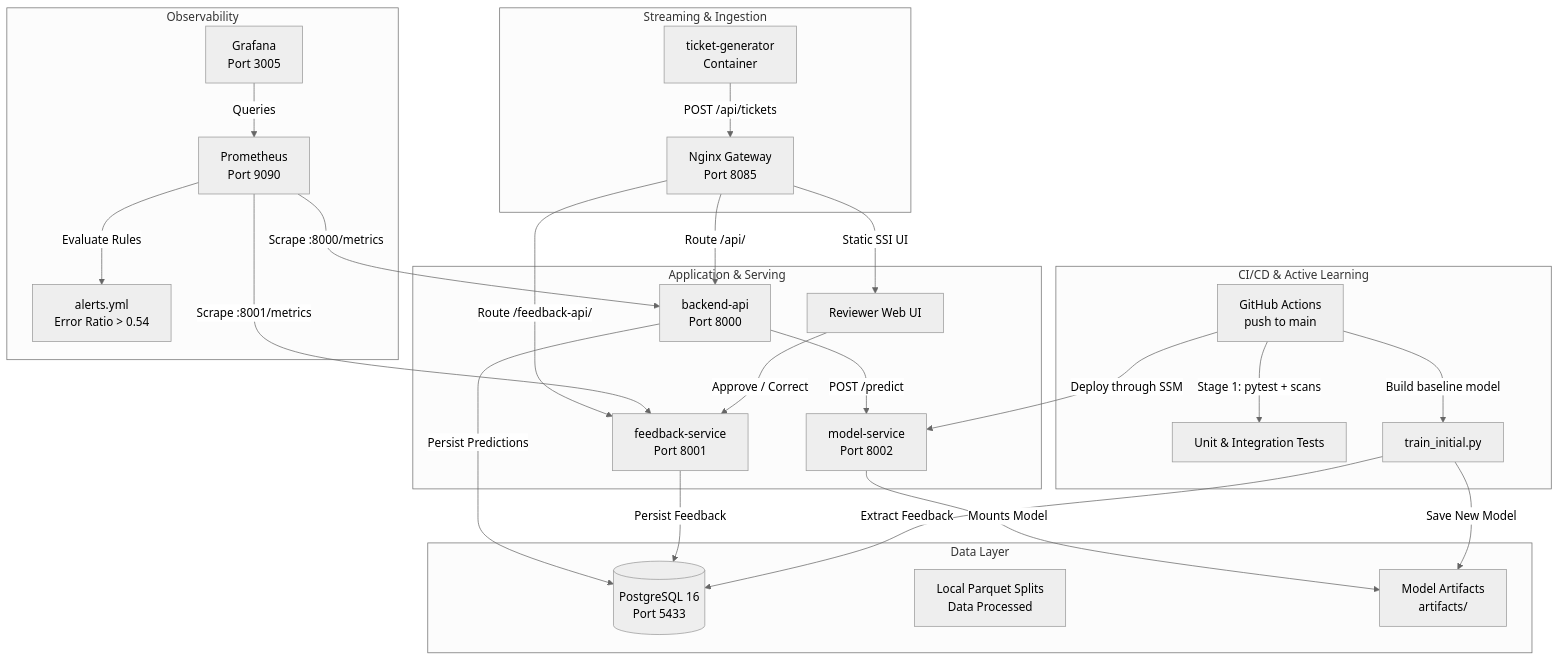
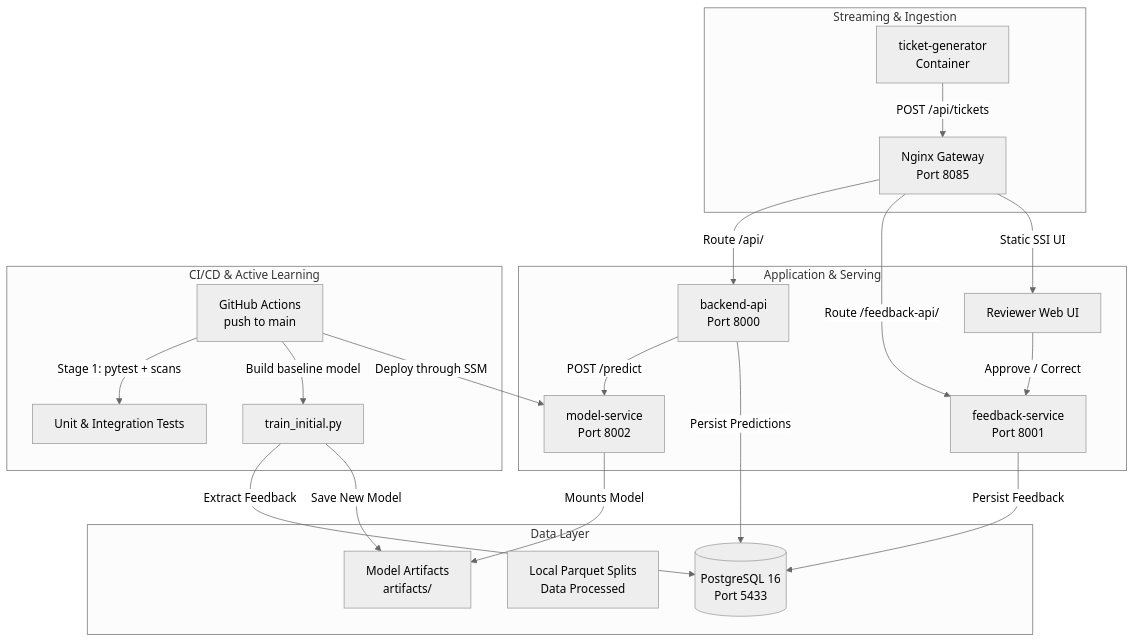
One commit to parth10-05/devops-assignment changed the diagram in docs/CODEBASE_ARCHITECTURE.md. Above: the diagram before and after it, drawn with Mermaid (neutral theme). The commit also changed other lines of this file and 29 other files, not shown here.

````diff
--- a/docs/CODEBASE_ARCHITECTURE.md
+++ b/docs/CODEBASE_ARCHITECTURE.md
@@ -9,38 +9,31 @@
 ```mermaid
 flowchart TD
     subgraph Data Layer
         D1[(PostgreSQL 16\nPort 5433)]
         D2[Local Parquet Splits\nData Processed]
         D3[Model Artifacts\nartifacts/]
     end
 
     subgraph Streaming & Ingestion
         TG[ticket-generator\nContainer] -->|POST /api/tickets| GW[Nginx Gateway\nPort 8085]
     end
 
     subgraph Application & Serving
         GW -->|Route /api/| BE[backend-api\nPort 8000]
         GW -->|Route /feedback-api/| FB[feedback-service\nPort 8001]
         GW -->|Static SSI UI| UI[Reviewer Web UI]
         BE -->|POST /predict| MS[model-service\nPort 8002]
         MS -->|Mounts Model| D3
         BE -->|Persist Predictions| D1
         FB -->|Persist Feedback| D1
     end
 
-    subgraph Observability
-        PROM[Prometheus\nPort 9090] -->|Scrape :8000/metrics| BE
-        PROM -->|Scrape :8001/metrics| FB
-        PROM -->|Evaluate Rules| AL[alerts.yml\nError Ratio > 0.54]
-        GRAF[Grafana\nPort 3005] -->|Queries| PROM
-    end
-
     subgraph CI/CD & Active Learning
         UI -->|Approve / Correct| FB
         GHA[GitHub Actions\npush to main] -->|Stage 1: pytest + scans| TEST[Unit & Integration Tests]
         GHA -->|Build baseline model| RT[train_initial.py]
         RT -->|Extract Feedback| D1
         RT -->|Save New Model| D3
         GHA -->|Deploy through SSM| MS
     end
 ```
````
